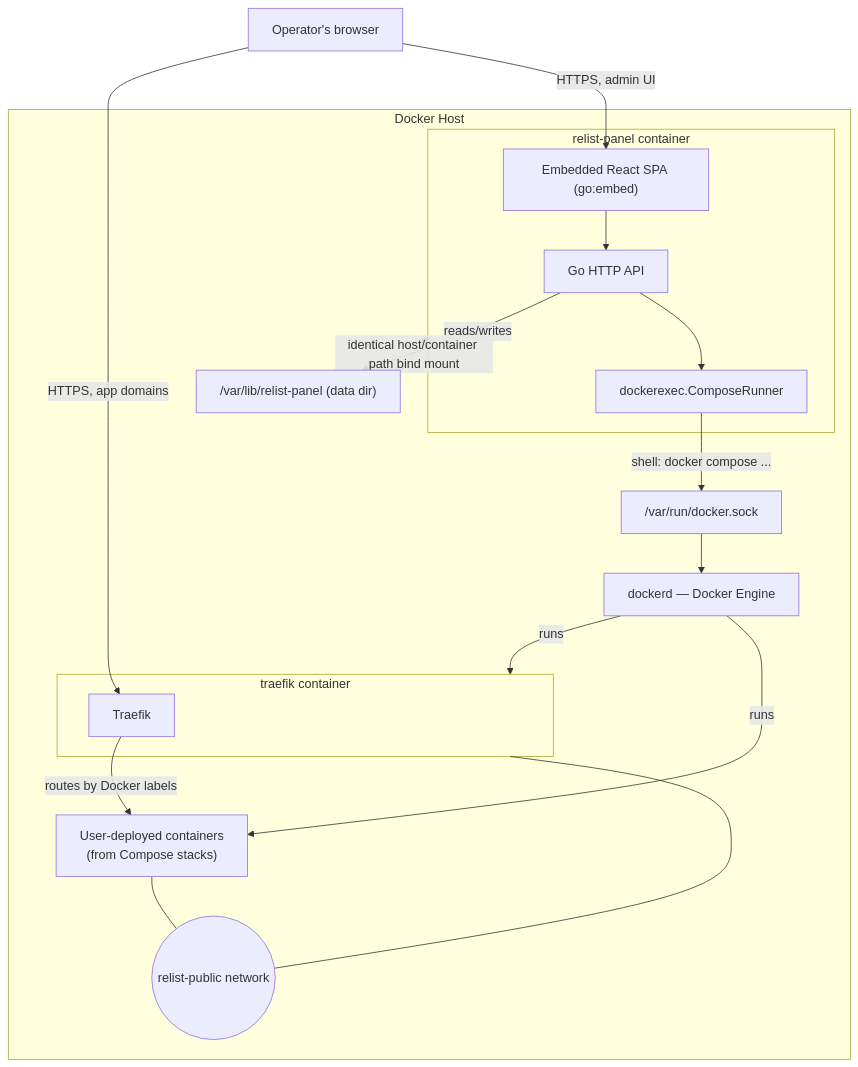
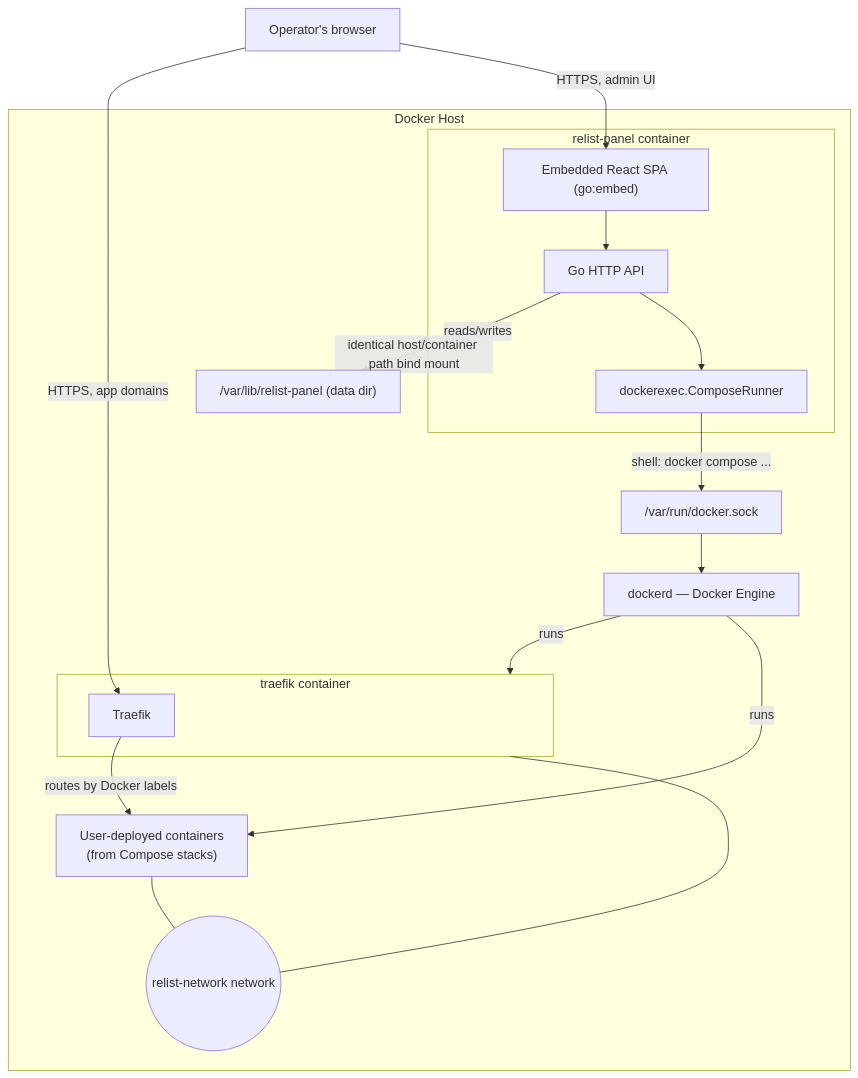
Before and after one commit to relist/relist-panel: the fifth of 6 diagrams in docs/sa.md, drawn with Mermaid. The commit also changed other lines of this file and 5 other files, not shown here.

First line of the commit message:
chore: rename shared docker network to relist-network

````diff
--- a/docs/sa.md
+++ b/docs/sa.md
@@ -149,32 +149,32 @@
 ```mermaid
 flowchart TB
     subgraph Host["Docker Host"]
         subgraph PanelContainer["relist-panel container"]
             API["Go HTTP API"]
             WEB["Embedded React SPA (go:embed)"]
             RUNNER["dockerexec.ComposeRunner"]
         end
         subgraph TraefikContainer["traefik container"]
             TR["Traefik"]
         end
         SOCK["/var/run/docker.sock"]
         DATA["/var/lib/relist-panel (data dir)"]
         DE["dockerd — Docker Engine"]
-        NET(("relist-public network"))
+        NET(("relist-network network"))
         USERCONT["User-deployed containers\n(from Compose stacks)"]
     end
 
     Operator["Operator's browser"] -->|HTTPS, app domains| TR
     TR -->|routes by Docker labels| USERCONT
     Operator -->|HTTPS, admin UI| WEB
     WEB --> API
     API --> RUNNER
     RUNNER -->|"shell: docker compose ..."| SOCK
     SOCK --> DE
     DE -->|runs| USERCONT
     DE -->|runs| TraefikContainer
     API -->|reads/writes| DATA
     DATA -.->|identical host/container path bind mount| PanelContainer
     TraefikContainer --- NET
     USERCONT --- NET
 ```
````
